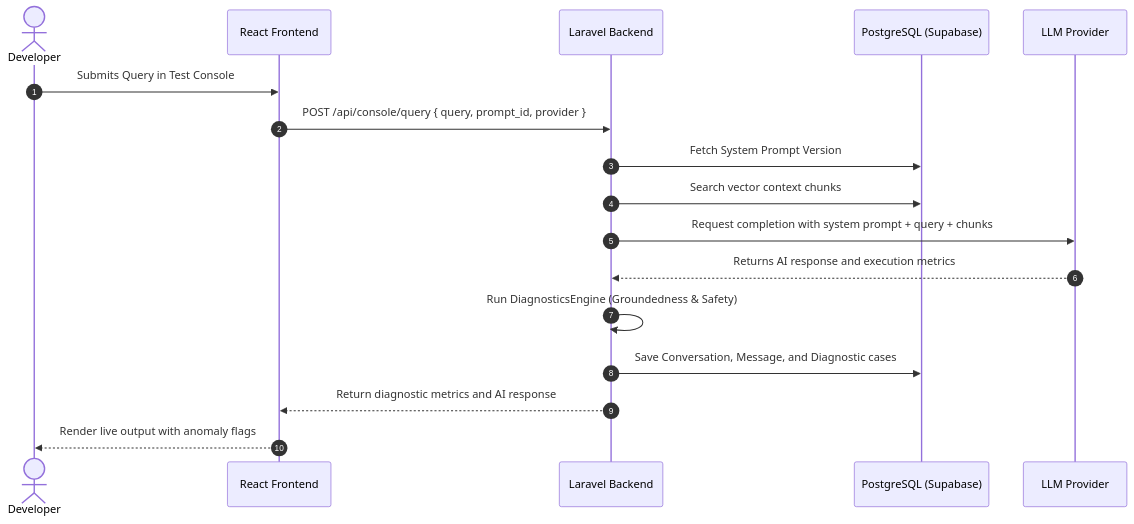
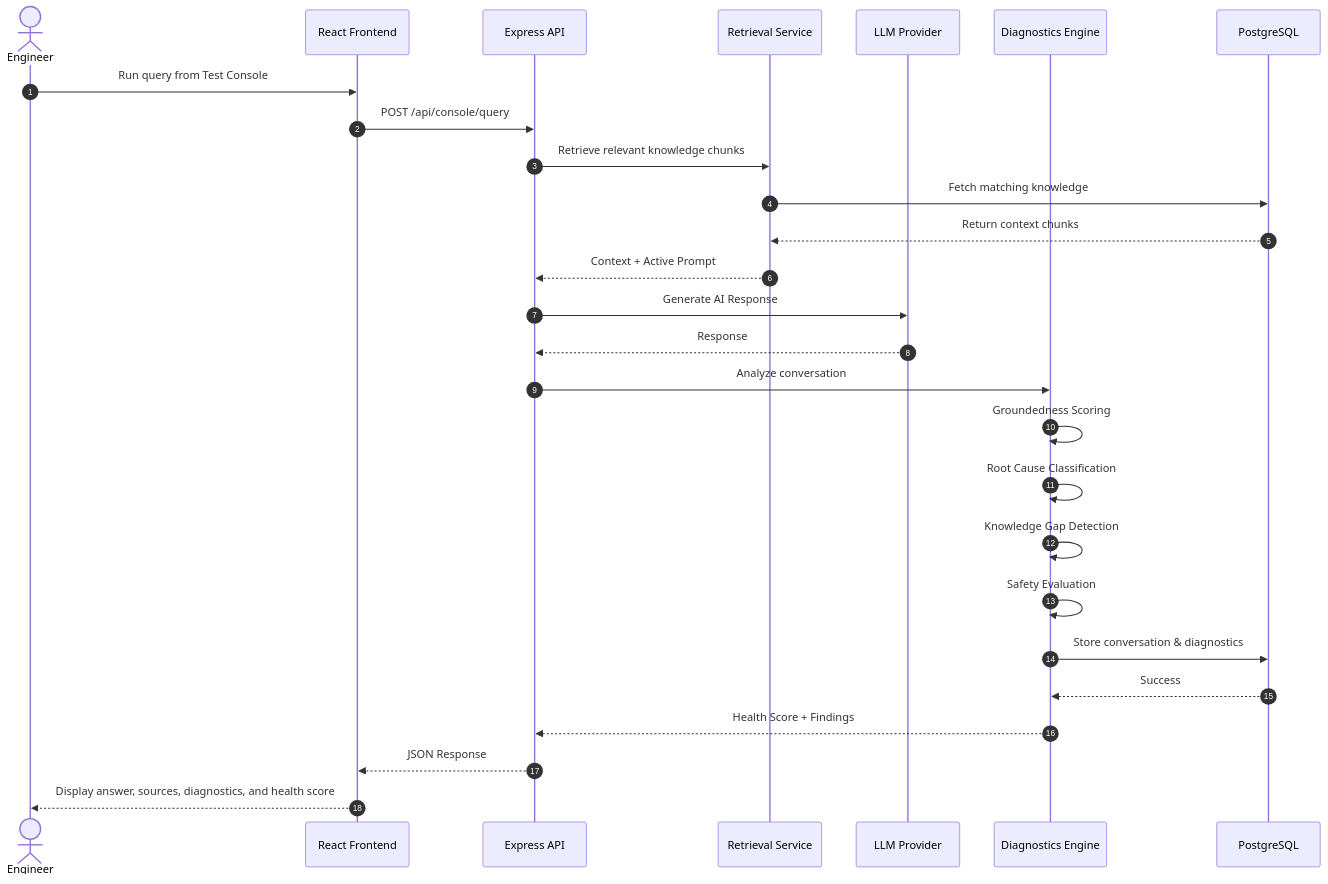
One commit to yasar-pathan/Lumen changed the first of 2 diagrams in README.md. Above: the diagram before and after it, drawn with Mermaid. The commit also changed 13 other files, not shown here.

Commit message:
feat: database design documentation, docker configuration, github actions deploy pipeline, and fix knowledge gap resolution

````diff
--- a/README.md
+++ b/README.md
@@ -53,20 +53,44 @@
 ```mermaid
 sequenceDiagram
     autonumber
-    actor Developer
-    participant App as React Frontend
-    participant Server as Laravel Backend
-    participant DB as PostgreSQL (Supabase)
-    participant Provider as LLM Provider
 
-    Developer->>App: Submits Query in Test Console
-    App->>Server: POST /api/console/query { query, prompt_id, provider }
-    Server->>DB: Fetch System Prompt Version
-    Server->>DB: Search vector context chunks
-    Server->>Provider: Request completion with system prompt + query + chunks
-    Provider-->>Server: Returns AI response and execution metrics
-    Server->>Server: Run DiagnosticsEngine (Groundedness & Safety)
-    Server->>DB: Save Conversation, Message, and Diagnostic cases
-    Server-->>App: Return diagnostic metrics and AI response
-    App-->>Developer: Render live output with anomaly flags
+    actor Engineer
+
+    participant UI as React Frontend
+    participant API as Express API
+    participant RET as Retrieval Service
+    participant LLM as LLM Provider
+    participant DIAG as Diagnostics Engine
+    participant DB as PostgreSQL
+
+    Engineer->>UI: Run query from Test Console
+
+    UI->>API: POST /api/console/query
+
+    API->>RET: Retrieve relevant knowledge chunks
+
+    RET->>DB: Fetch matching knowledge
+    DB-->>RET: Return context chunks
+
+    RET-->>API: Context + Active Prompt
+
+    API->>LLM: Generate AI Response
+
+    LLM-->>API: Response
+
+    API->>DIAG: Analyze conversation
+
+    DIAG->>DIAG: Groundedness Scoring
+    DIAG->>DIAG: Root Cause Classification
+    DIAG->>DIAG: Knowledge Gap Detection
+    DIAG->>DIAG: Safety Evaluation
+
+    DIAG->>DB: Store conversation & diagnostics
+    DB-->>DIAG: Success
+
+    DIAG-->>API: Health Score + Findings
+
+    API-->>UI: JSON Response
+
+    UI-->>Engineer: Display answer, sources, diagnostics, and health score
 ```
````
